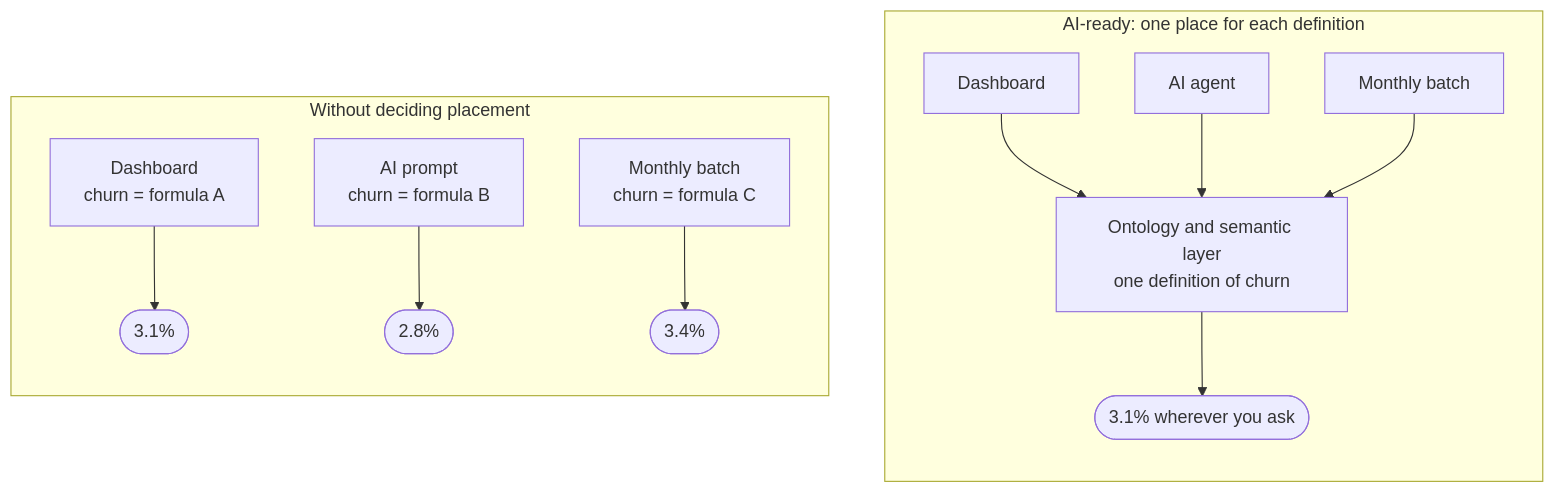
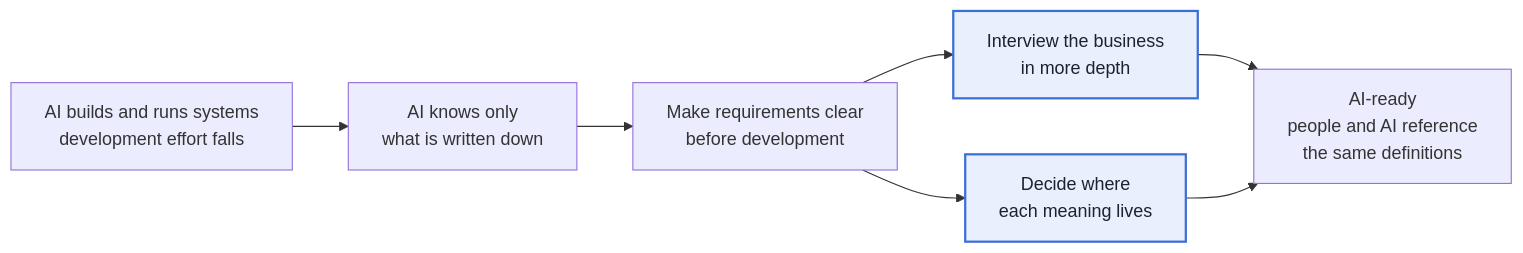
Before and after one commit to keito118/ai-ready-requirements: the diagram in README.md, drawn with Mermaid. The commit also changed other lines of this file and 1 other file, not shown here.

Commit message:
Use a conceptual diagram that follows the Why argument

````diff
--- a/README.md
+++ b/README.md
@@ -17,17 +17,11 @@
 ```mermaid
 flowchart LR
-  subgraph B["Without deciding placement"]
-    direction TB
-    D1["Dashboard<br/>churn = formula A"] --> R1(["3.1%"])
-    P1["AI prompt<br/>churn = formula B"] --> R2(["2.8%"])
-    J1["Monthly batch<br/>churn = formula C"] --> R3(["3.4%"])
-  end
-  subgraph A["AI-ready: one place for each definition"]
-    direction TB
-    D2["Dashboard"] --> DEF
-    P2["AI agent"] --> DEF
-    J2["Monthly batch"] --> DEF
-    DEF["Ontology and semantic layer<br/>one definition of churn"] --> R4(["3.1% wherever you ask"])
-  end
-  B ~~~ A
+  A["AI builds and runs systems<br/>development effort falls"] --> B["AI knows only<br/>what is written down"]
+  B --> C["Make requirements clear<br/>before development"]
+  C --> C1["Interview the business<br/>in more depth"]
+  C --> C2["Decide where<br/>each meaning lives"]
+  C1 --> E["AI-ready<br/>people and AI reference<br/>the same definitions"]
+  C2 --> E
+  classDef fw fill:#e8f0fe,stroke:#3b6fd8,stroke-width:2px,color:#1c2230
+  class C1,C2 fw
 ```
````
